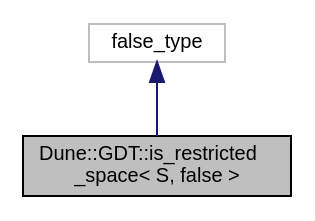
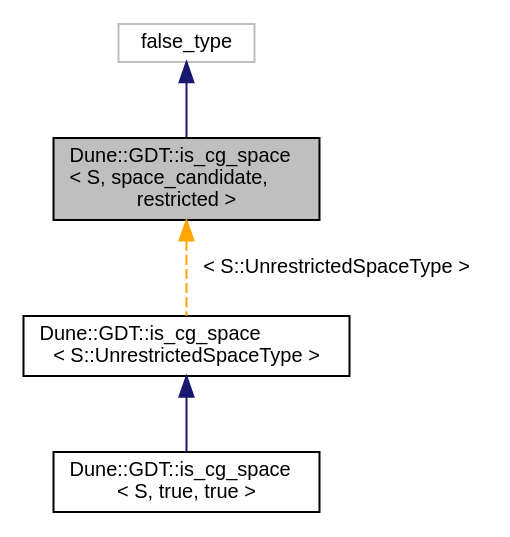
Before and after one commit to dune-community/dune-community.github.io: the diagram in docs/dune-gdt/master/a03124.dot, drawn with Graphviz. The commit also changed 1984 other files, not shown here.

Commit message:
Updated documentation for dune-gdt master

```diff
--- a/docs/dune-gdt/master/a03124.dot
+++ b/docs/dune-gdt/master/a03124.dot
@@ -1,8 +1,12 @@
-digraph "Dune::GDT::is_restricted_space&lt; S, false &gt;"
+digraph "Dune::GDT::is_cg_space&lt; S, space_candidate, restricted &gt;"
 {
   edge [fontname="Helvetica",fontsize="10",labelfontname="Helvetica",labelfontsize="10"];
   node [fontname="Helvetica",fontsize="10",shape=record];
-  Node0 [label="Dune::GDT::is_restricted\l_space\< S, false \>",height=0.2,width=0.4,color="black", fillcolor="grey75", style="filled", fontcolor="black"];
+  Node0 [label="Dune::GDT::is_cg_space\l\< S, space_candidate,\l restricted \>",height=0.2,width=0.4,color="black", fillcolor="grey75", style="filled", fontcolor="black"];
   Node1 -> Node0 [dir="back",color="midnightblue",fontsize="10",style="solid",fontname="Helvetica"];
   Node1 [label="false_type",height=0.2,width=0.4,color="grey75", fillcolor="white", style="filled"];
+  Node0 -> Node2 [dir="back",color="orange",fontsize="10",style="dashed",label=" \< S::UnrestrictedSpaceType \>" ,fontname="Helvetica"];
+  Node2 [label="Dune::GDT::is_cg_space\l\< S::UnrestrictedSpaceType \>",height=0.2,width=0.4,color="black", fillcolor="white", style="filled",URL="$a03125.html"];
+  Node2 -> Node3 [dir="back",color="midnightblue",fontsize="10",style="solid",fontname="Helvetica"];
+  Node3 [label="Dune::GDT::is_cg_space\l\< S, true, true \>",height=0.2,width=0.4,color="black", fillcolor="white", style="filled",URL="$a03133.html"];
 }
```
